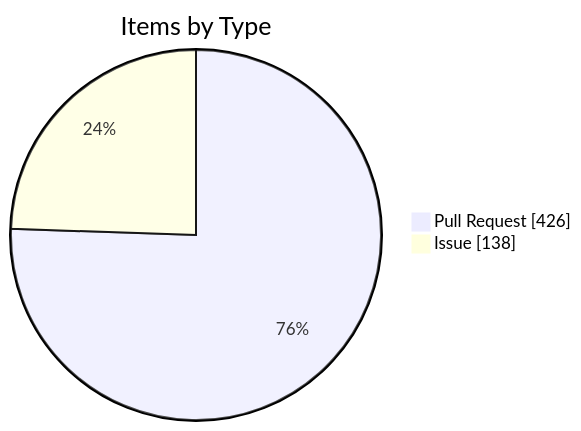
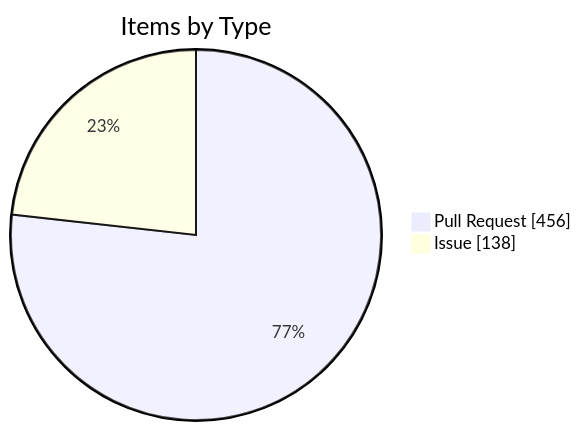
One commit to KBVE/kbve changed the fourth of 4 diagrams in apps/kbve/astro-kbve/src/content/docs/dashboard/kanban-data.mdx. Above: the diagram before and after it, drawn with Mermaid. The commit also changed other lines of this file and 2 other files, not shown here.

````diff
--- a/apps/kbve/astro-kbve/src/content/docs/dashboard/kanban-data.mdx
+++ b/apps/kbve/astro-kbve/src/content/docs/dashboard/kanban-data.mdx
@@ -246,6 +246,6 @@
 ```mermaid
 pie showData
     title Items by Type
-    "Pull Request" : 426
+    "Pull Request" : 456
     "Issue" : 138
 ```
````
